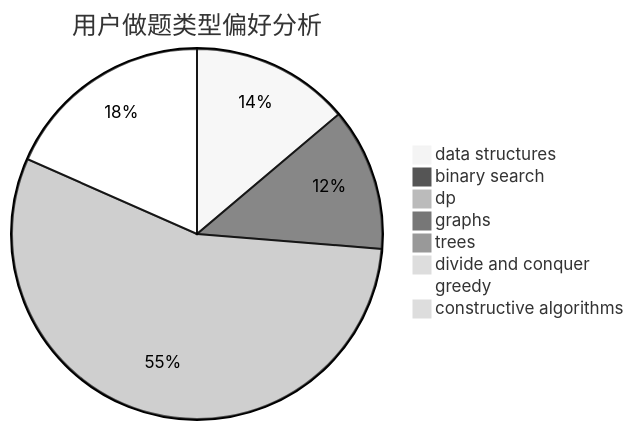
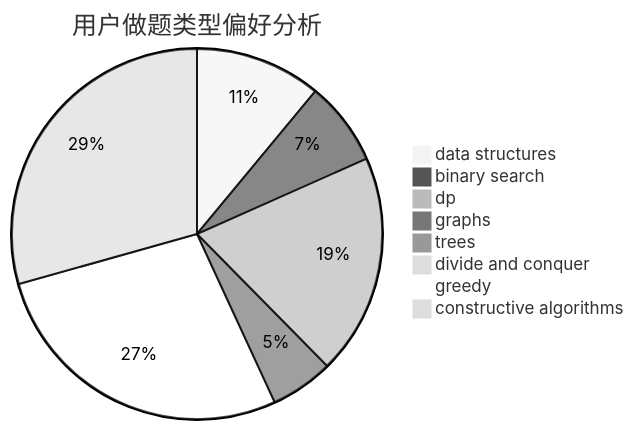
The second of 3 diagrams in docs/user/u2209.md (sherpahu/cfrs.github.io), drawn with Mermaid (neutral theme) before and after one commit. The commit also changed other lines of this file and 2770 other files, not shown here.

````diff
--- a/docs/user/u2209.md
+++ b/docs/user/u2209.md
@@ -23,11 +23,11 @@
 ```mermaid
 pie title 用户做题类型偏好分析
-    "data structures" :  70
-    "binary search" :  63
-    "dp" :  280
-    "graphs" :  0
-    "trees" :  0
+    "data structures" :  12
+    "binary search" :  8
+    "dp" :  21
+    "graphs" :  6
+    "trees" :  1
     "divide and conquer" :  0
-    "greedy" :  93
-    "constructive algorithms" :  5
+    "greedy" :  30
+    "constructive algorithms" :  32
 ```
````
